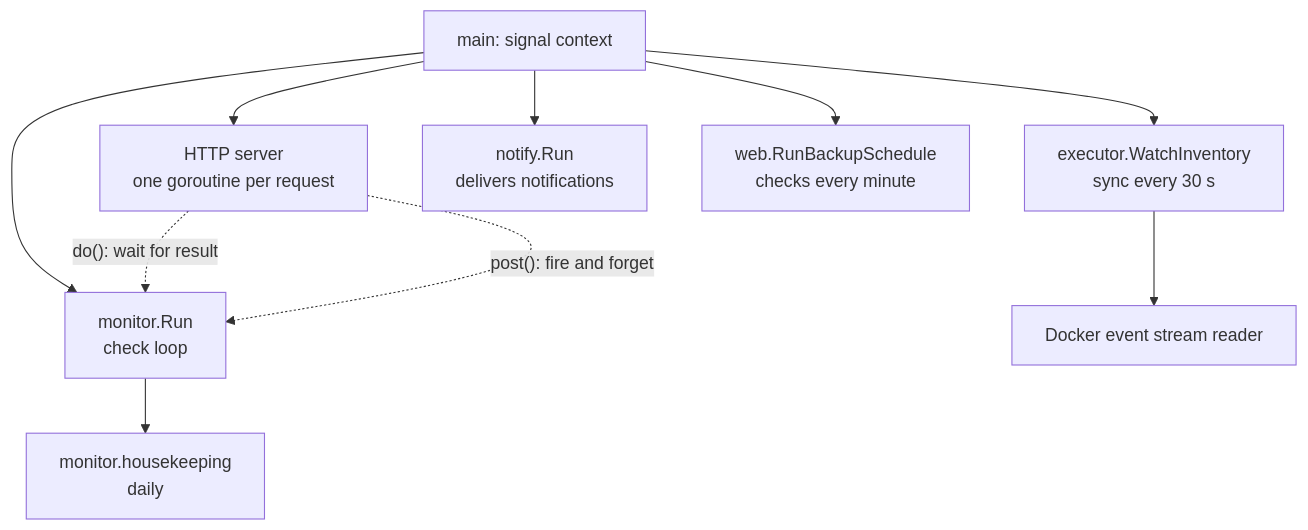
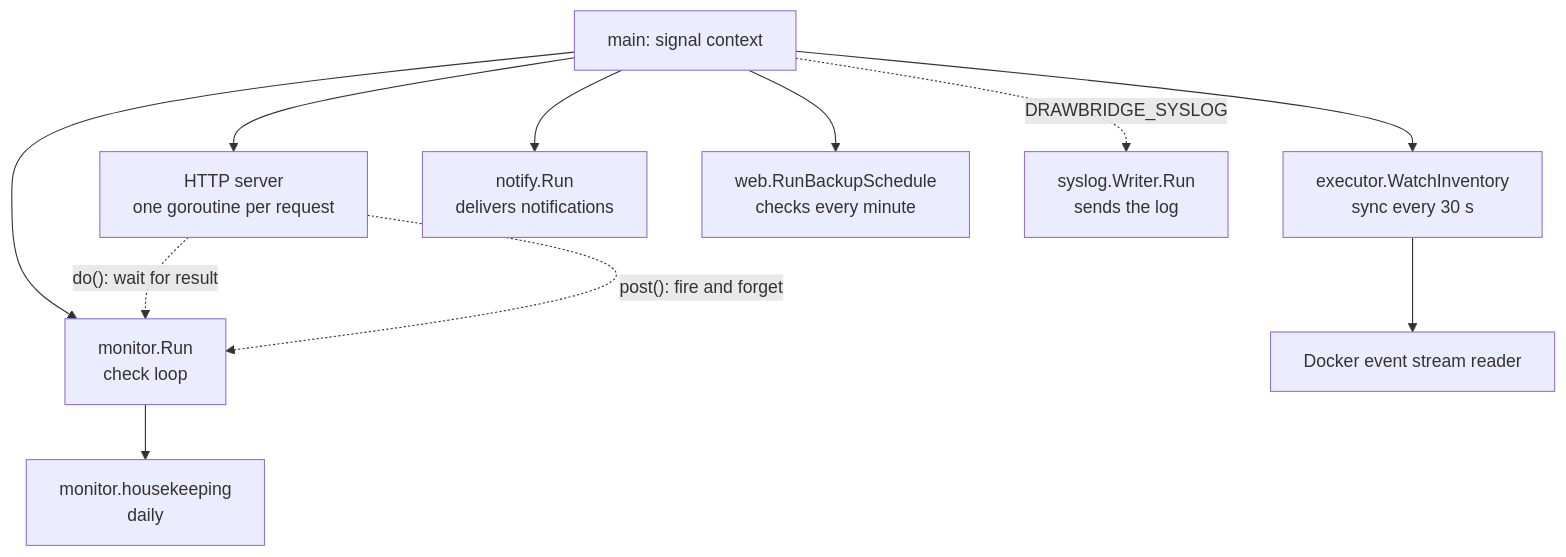
One commit to zjcochran/wan-drawbridge changed the second of 3 diagrams in docs/technical/architecture.md. Above: the diagram before and after it, drawn with Mermaid. The commit also changed other lines of this file and 15 other files, not shown here.

Commit message:
Optionally send the log to a syslog server over UDP, TCP or TLS

````diff
--- a/docs/technical/architecture.md
+++ b/docs/technical/architecture.md
@@ -76,12 +77,13 @@
 ```mermaid
 flowchart TB
     main[main: signal context] --> http[HTTP server<br/>one goroutine per request]
     main --> loop[monitor.Run<br/>check loop]
     main --> inv[executor.WatchInventory<br/>sync every 30 s]
     inv --> ev[Docker event stream reader]
     loop --> hk[monitor.housekeeping<br/>daily]
     main --> nt[notify.Run<br/>delivers notifications]
     main --> bs[web.RunBackupSchedule<br/>checks every minute]
+    main -. DRAWBRIDGE_SYSLOG .-> sl[syslog.Writer.Run<br/>sends the log]
     http -. "do(): wait for result" .-> loop
     http -. "post(): fire and forget" .-> loop
 ```
````
